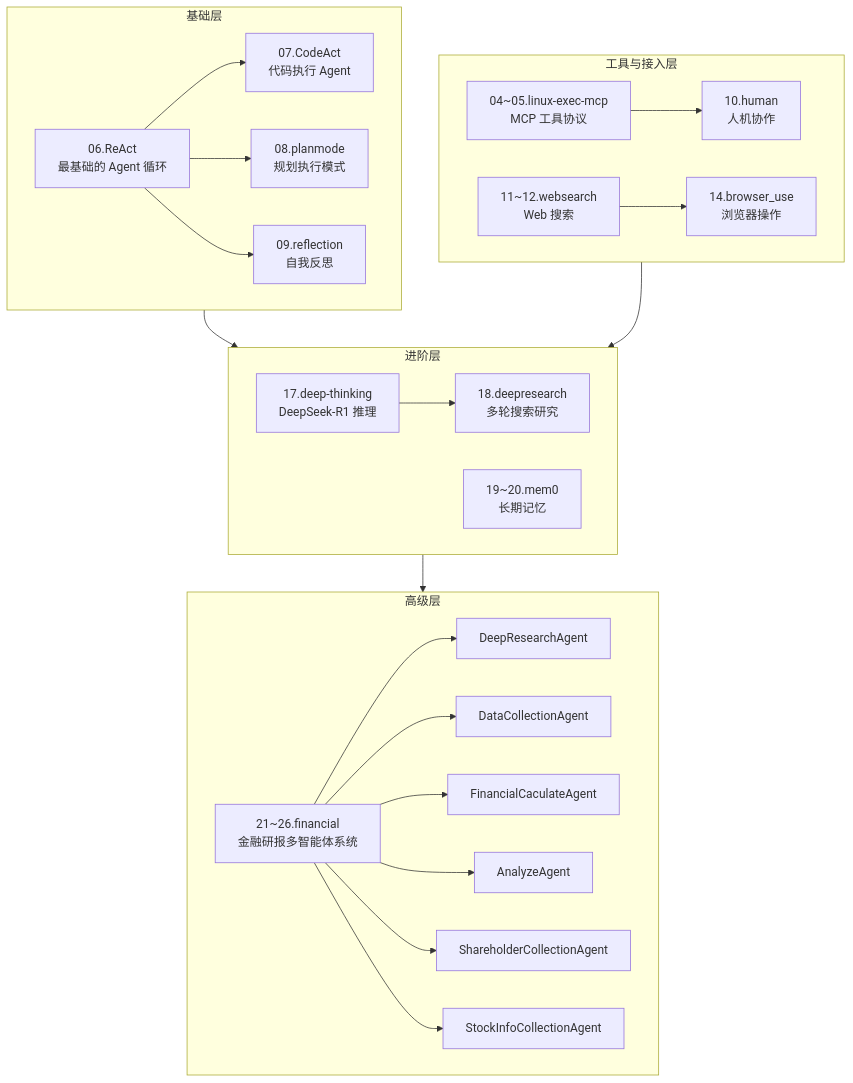
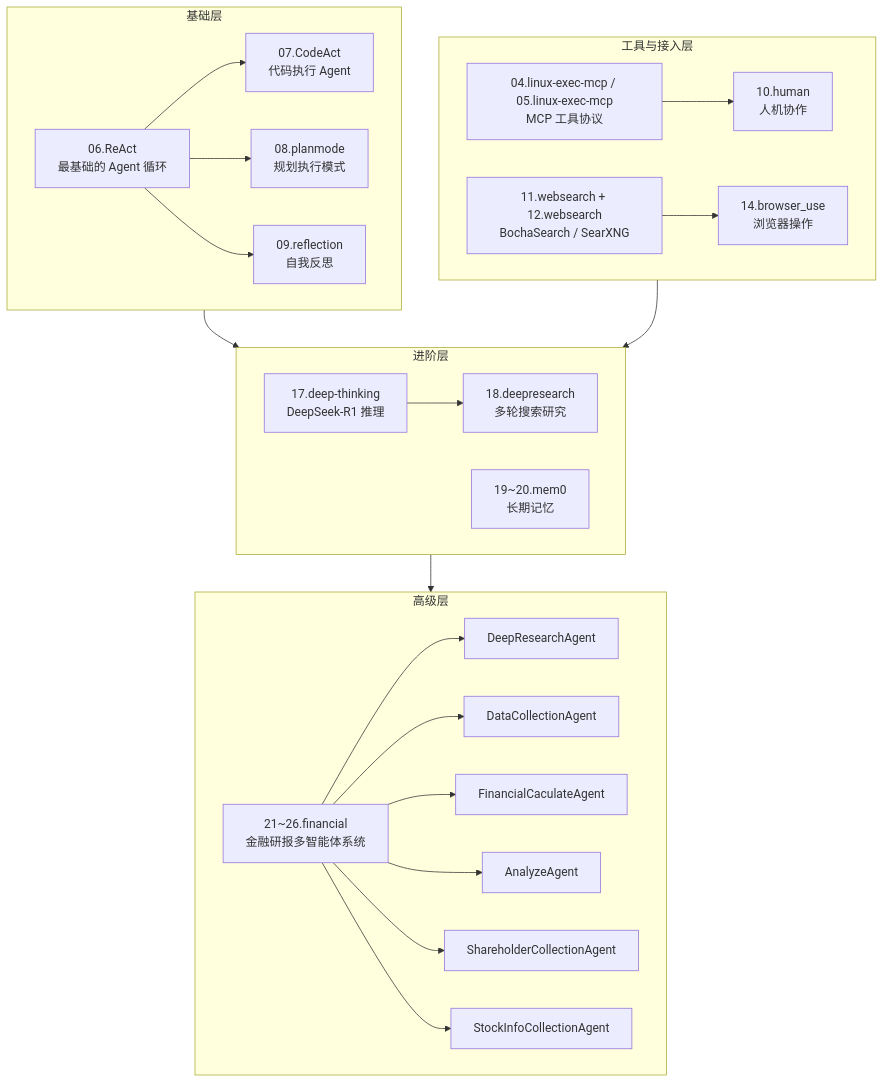
One commit to igeng/Geek03 changed the first of 9 diagrams in docs/01_技术文档.md. Above: the diagram before and after it, drawn with Mermaid. The commit also changed other lines of this file and 4 other files, not shown here.

First line of the commit message:
Fix documentation errors: correct directory names, ReAct code examples, replace Tavily with SearXNG/BochaSearch, fix .env configs

````diff
--- a/docs/01_技术文档.md
+++ b/docs/01_技术文档.md
@@ -68,32 +70,32 @@
 ```mermaid
 graph TB
     subgraph 基础层
         A[06.ReAct<br/>最基础的 Agent 循环] --> B[07.CodeAct<br/>代码执行 Agent]
         A --> C[08.planmode<br/>规划执行模式]
         A --> D[09.reflection<br/>自我反思]
     end
 
     subgraph 工具与接入层
-        E[04~05.linux-exec-mcp<br/>MCP 工具协议] --> F[10.human<br/>人机协作]
-        G[11~12.websearch<br/>Web 搜索] --> H[14.browser_use<br/>浏览器操作]
+        E[04.linux-exec-mcp / 05.linux-exec-mcp<br/>MCP 工具协议] --> F[10.human<br/>人机协作]
+        G[11.websearch + 12.websearch<br/>BochaSearch / SearXNG] --> H[14.browser_use<br/>浏览器操作]
     end
 
     subgraph 进阶层
         I[17.deep-thinking<br/>DeepSeek-R1 推理] --> J[18.deepresearch<br/>多轮搜索研究]
         K[19~20.mem0<br/>长期记忆]
     end
 
     subgraph 高级层
         L[21~26.financial<br/>金融研报多智能体系统]
         L --> L1[DeepResearchAgent]
         L --> L2[DataCollectionAgent]
         L --> L3[FinancialCaculateAgent]
         L --> L4[AnalyzeAgent]
         L --> L5[ShareholderCollectionAgent]
         L --> L6[StockInfoCollectionAgent]
     end
 
     基础层 --> 进阶层
     工具与接入层 --> 进阶层
     进阶层 --> 高级层
 ```
````
